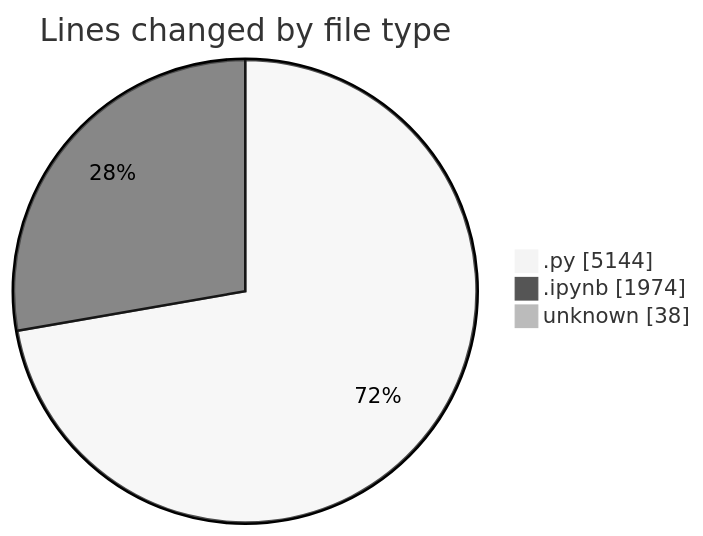
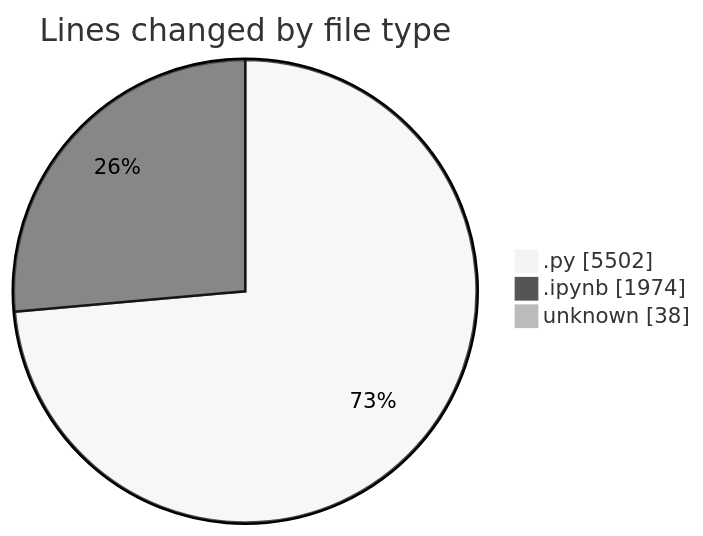
One commit to MatusMokan/code-tracking changed the first of 2 diagrams in 2025-03-21/myws__workspace_/README.md. Above: the diagram before and after it, drawn with Mermaid (neutral theme). The commit also changed other lines of this file and 1 other file, not shown here.

````diff
--- a/2025-03-21/myws__workspace_/README.md
+++ b/2025-03-21/myws__workspace_/README.md
@@ -25,7 +25,7 @@
 ```mermaid
 pie showData
 title Lines changed by file type
-".py" : 5144
+".py" : 5502
 ".ipynb" : 1974
 "unknown" : 38
 ```
````
